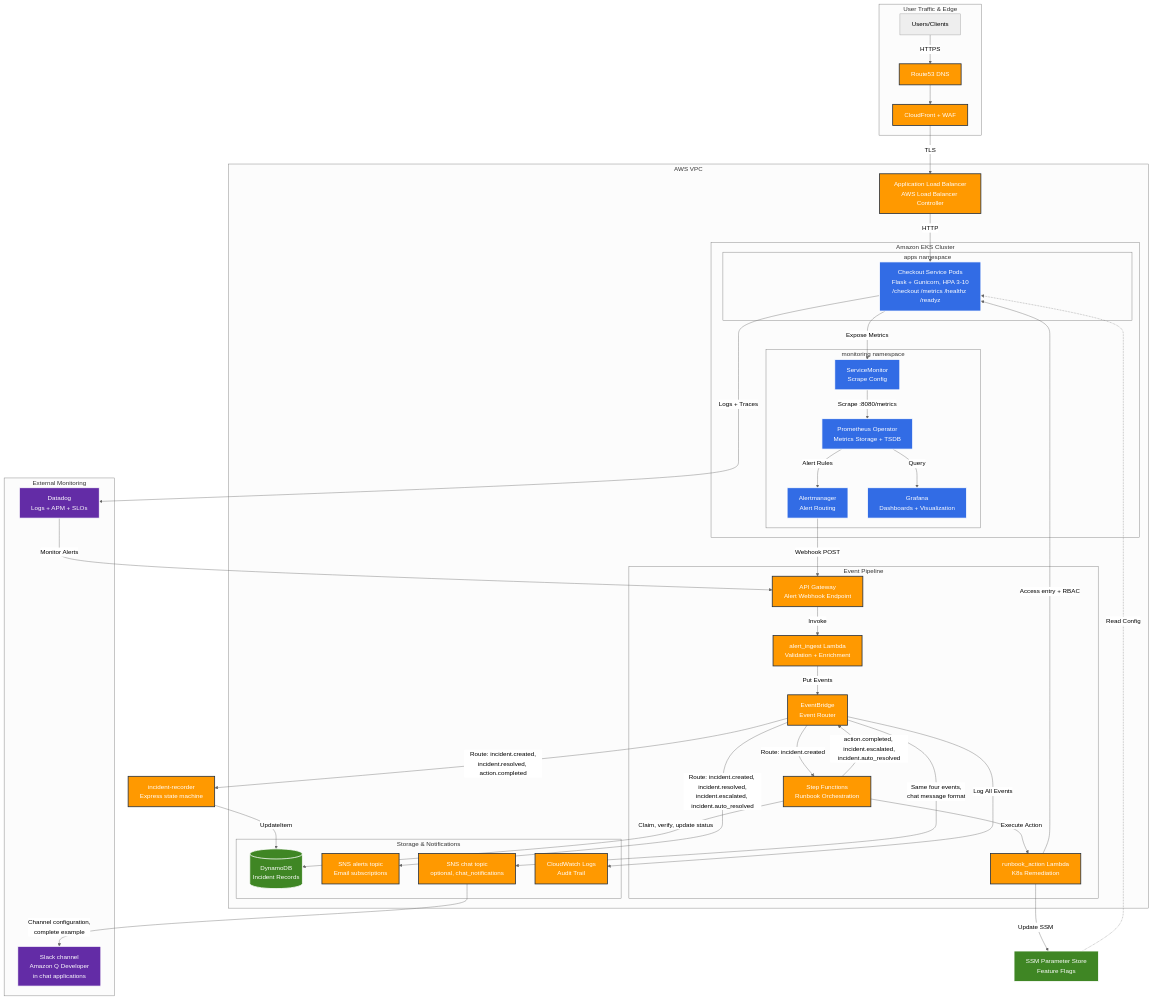
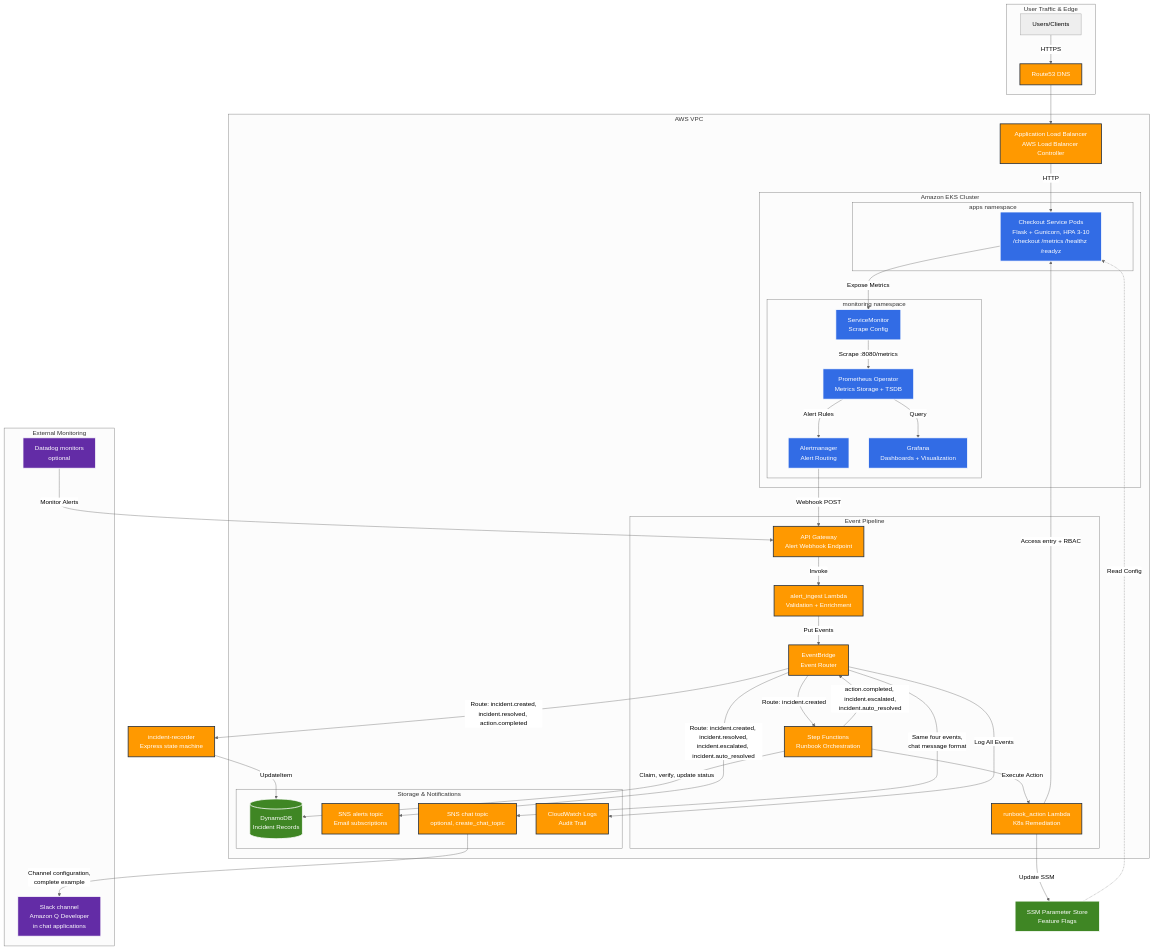
The first of 4 diagrams in docs/architecture/README.md (amrutp24/event-driven-sre-platform), drawn with Mermaid (neutral theme) before and after one commit. The commit also changed other lines of this file and 69 other files, not shown here.

```diff
--- a/docs/architecture/README.md
+++ b/docs/architecture/README.md
@@ -23,7 +29,6 @@
     subgraph "User Traffic & Edge"
         Users[Users/Clients]
         R53[Route53 DNS]
-        CF[CloudFront + WAF]
     end
 
     subgraph "AWS VPC"
@@ -53,20 +58,19 @@
         subgraph "Storage & Notifications"
             DDB[(DynamoDB<br/>Incident Records)]
             SNS[SNS alerts topic<br/>Email subscriptions]
-            CHAT[SNS chat topic<br/>optional, chat_notifications]
+            CHAT[SNS chat topic<br/>optional, create_chat_topic]
             CW[CloudWatch Logs<br/>Audit Trail]
         end
     end
 
     subgraph "External Monitoring"
-        DD[Datadog<br/>Logs + APM + SLOs]
+        DD[Datadog monitors<br/>optional]
         SLACK[Slack channel<br/>Amazon Q Developer<br/>in chat applications]
     end
 
     %% Traffic Flow
     Users -->|HTTPS| R53
-    R53 --> CF
-    CF -->|TLS| ALB
+    R53 --> ALB
     ALB -->|HTTP| APP
 
     %% Observability Flow
@@ -74,7 +78,6 @@
     SM -->|Scrape :8080/metrics| PROM
     PROM -->|Query| GRAF
     PROM -->|Alert Rules| AM
-    APP -->|Logs + Traces| DD
 
     %% Alert Flow
     AM -->|Webhook POST| APIGW
@@ -105,7 +108,7 @@
     classDef storage fill:#3F8624,stroke:#fff,stroke-width:2px,color:#fff
     classDef external fill:#632CA6,stroke:#fff,stroke-width:2px,color:#fff
 
-    class APIGW,L1,L2,EB,SF,REC,ALB,R53,CF,SNS,CHAT,CW aws
+    class APIGW,L1,L2,EB,SF,REC,ALB,R53,SNS,CHAT,CW aws
     class APP,PROM,AM,GRAF,SM k8s
     class DDB,SSM storage
     class DD,SLACK external
```
